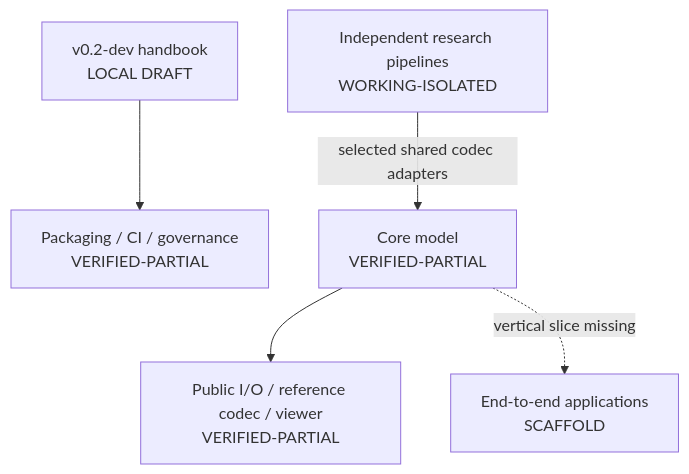
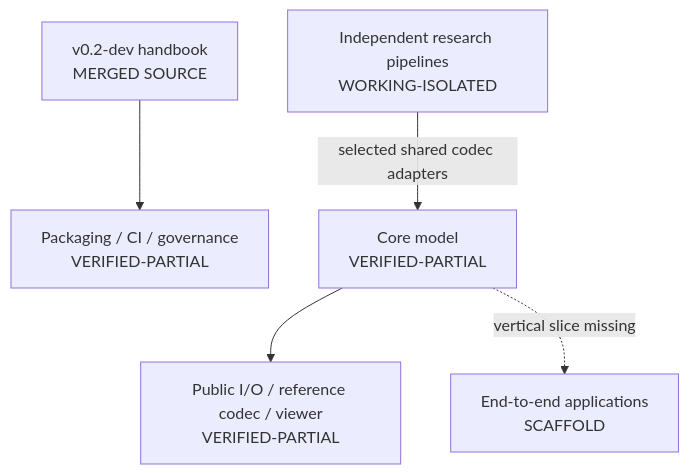
Before and after one commit to open4dfoundation/Open4D: the diagram in docs/handbook/v0.2-dev/implementation-status.md, drawn with Mermaid. The commit also changed other lines of this file and 22 other files, not shown here.

````diff
--- a/docs/handbook/v0.2-dev/implementation-status.md
+++ b/docs/handbook/v0.2-dev/implementation-status.md
@@ -10,14 +13,14 @@
 ```mermaid
 flowchart TB
-    Handbook["v0.2-dev handbook<br/>LOCAL DRAFT"]
+    Handbook["v0.2-dev handbook<br/>MERGED SOURCE"]
     P0["Packaging / CI / governance<br/>VERIFIED-PARTIAL"]
     Core["Core model<br/>VERIFIED-PARTIAL"]
     Examples["Public I/O / reference codec / viewer<br/>VERIFIED-PARTIAL"]
     Apps["End-to-end applications<br/>SCAFFOLD"]
     Research["Independent research pipelines<br/>WORKING-ISOLATED"]
 
     Handbook --> P0
     Core --> Examples
     Research -- "selected shared codec adapters" --> Core
     Core -. "vertical slice missing" .-> Apps
 ```
````
